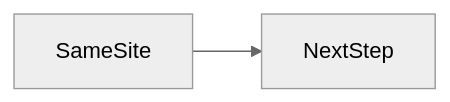
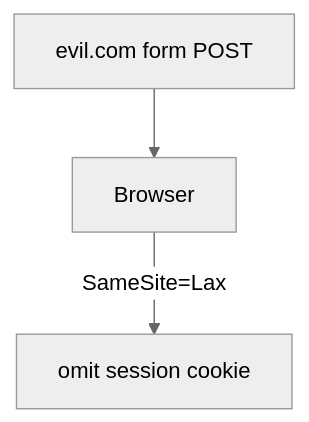
One commit to OmidJavaherii/Frontend-Engineering-Handbook changed the second of 2 diagrams in docs/en/17-security/samesite/index.md. Above: the diagram before and after it, drawn with Mermaid (neutral theme). The commit also changed other lines of this file and 461 other files, not shown here.

````diff
--- a/docs/en/17-security/samesite/index.md
+++ b/docs/en/17-security/samesite/index.md
@@ -95,4 +108,5 @@
 ```mermaid
-flowchart LR
-  concept[SameSite] --> nextStep[NextStep]
+flowchart TD
+  Req[evil.com form POST] --> Browser
+  Browser -->|SameSite=Lax| Omit[omit session cookie]
 ```
````
